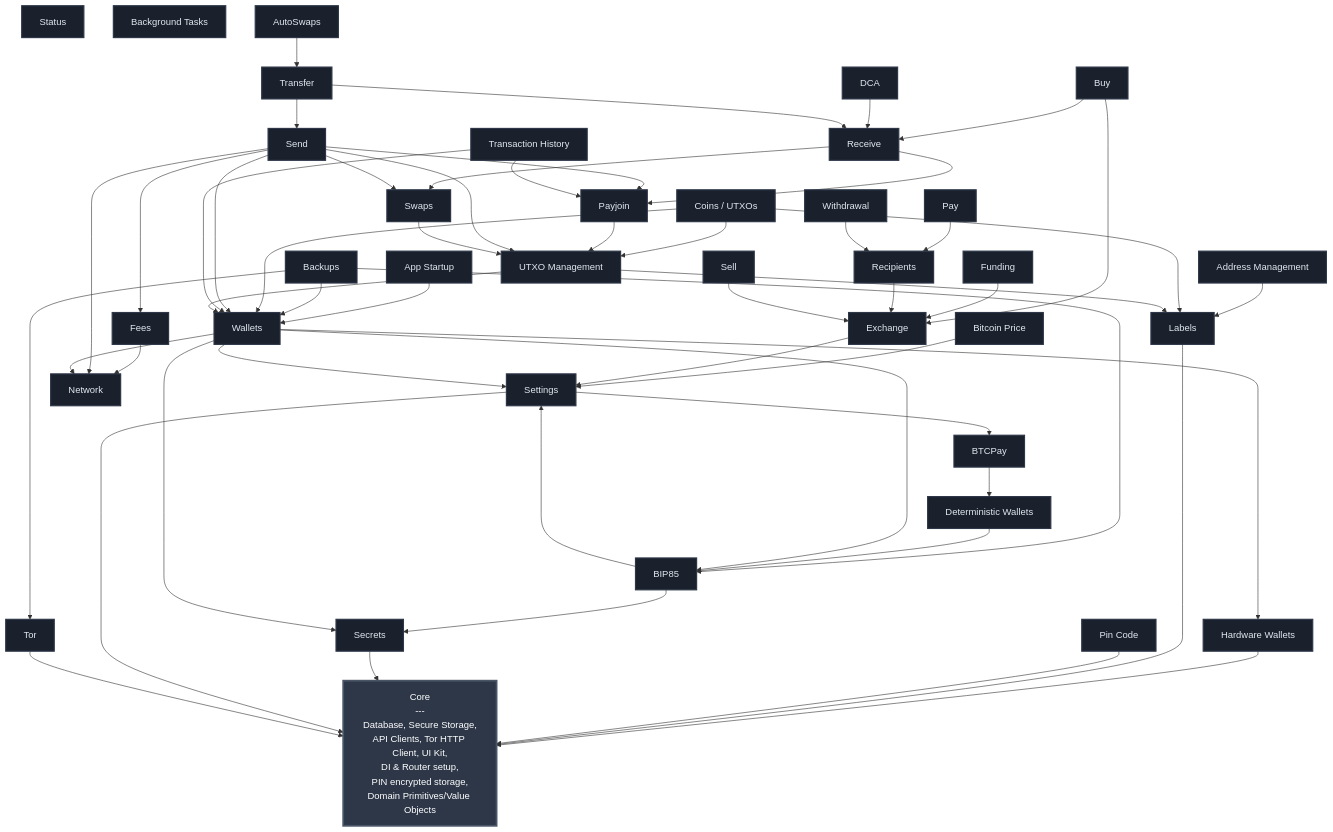
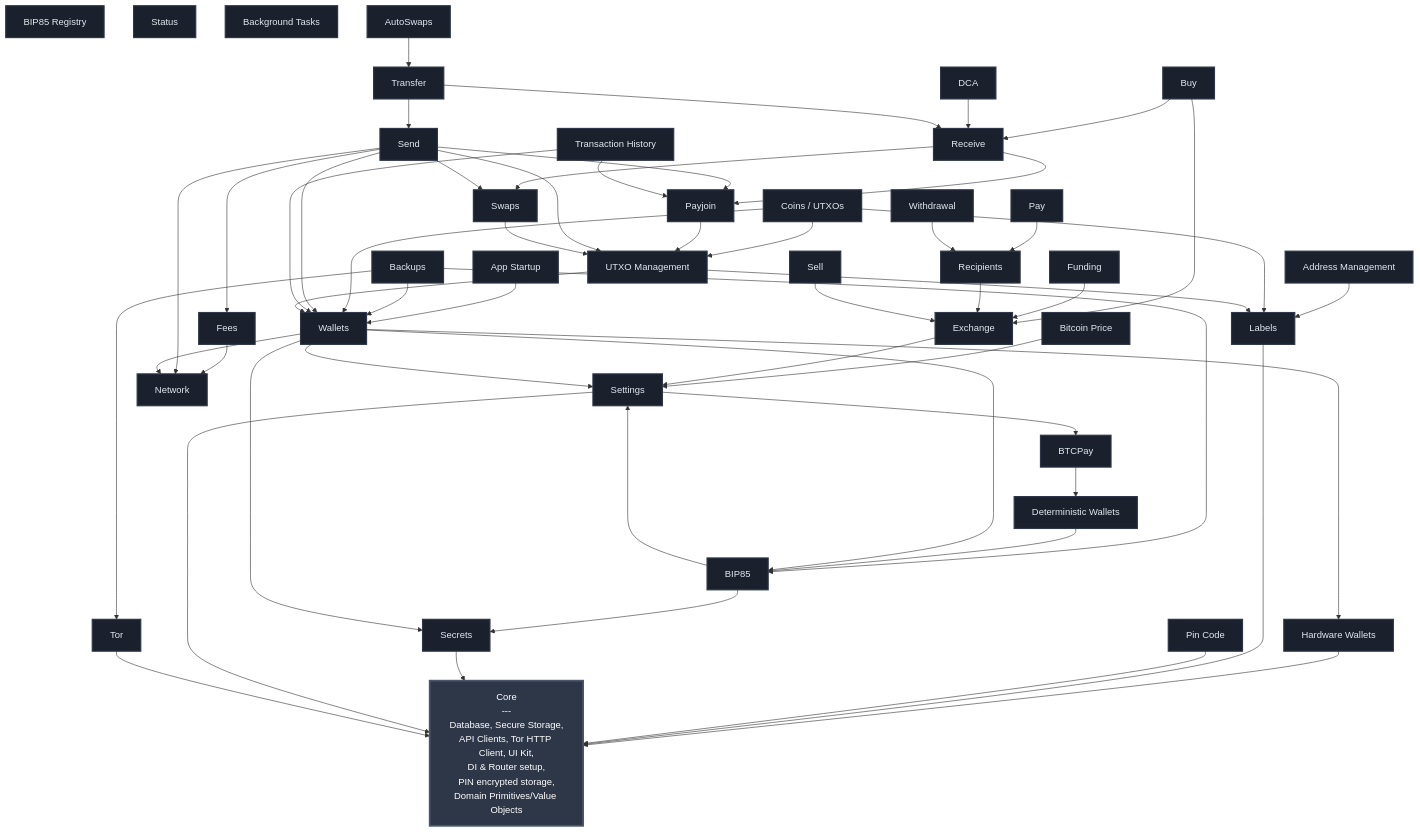
One commit to BullishNode/bullbitcoin-mobile changed the diagram in FEATURES.md. Above: the diagram before and after it, drawn with Mermaid. The commit also changed 5 other files, not shown here.

Commit message:
feat(bip85): add reserved derivation registry

````diff
--- a/FEATURES.md
+++ b/FEATURES.md
@@ -20,6 +20,7 @@
     HW_WALLETS[Hardware Wallets]
     BTC_PRICE[Bitcoin Price]
     BTCPAY[BTCPay]
+    BIP85_REGISTRY[BIP85 Registry]
     DETERMINISTIC_WALLETS[Deterministic Wallets]
     NETWORK[Network]
     BIP85[BIP85]
@@ -110,5 +111,5 @@
     classDef featureStyle fill:#1a202c,stroke:#2d3748,stroke-width:2px,color:#e2e8f0
 
     class CORE coreStyle
-    class SETTINGS,TOR,PIN_CODE,LABELS,SECRETS,HW_WALLETS,BTC_PRICE,BTCPAY,DETERMINISTIC_WALLETS,NETWORK,BIP85,FEES,WALLETS,EXCHANGE,APP_STARTUP,UTXO_MGMT,ADDRESS_MGMT,RECIPIENTS,FUNDING,BACKUPS,SWAPS,PAYJOIN,WITHDRAWAL,STATUS,SEND,RECEIVE,TRANSFER,TX_HISTORY,BG_TASKS,AUTOSWAPS,DCA,SELL,PAY,BUY,COINS featureStyle
+    class SETTINGS,TOR,PIN_CODE,LABELS,SECRETS,HW_WALLETS,BTC_PRICE,BTCPAY,BIP85_REGISTRY,DETERMINISTIC_WALLETS,NETWORK,BIP85,FEES,WALLETS,EXCHANGE,APP_STARTUP,UTXO_MGMT,ADDRESS_MGMT,RECIPIENTS,FUNDING,BACKUPS,SWAPS,PAYJOIN,WITHDRAWAL,STATUS,SEND,RECEIVE,TRANSFER,TX_HISTORY,BG_TASKS,AUTOSWAPS,DCA,SELL,PAY,BUY,COINS featureStyle
 ```
````
